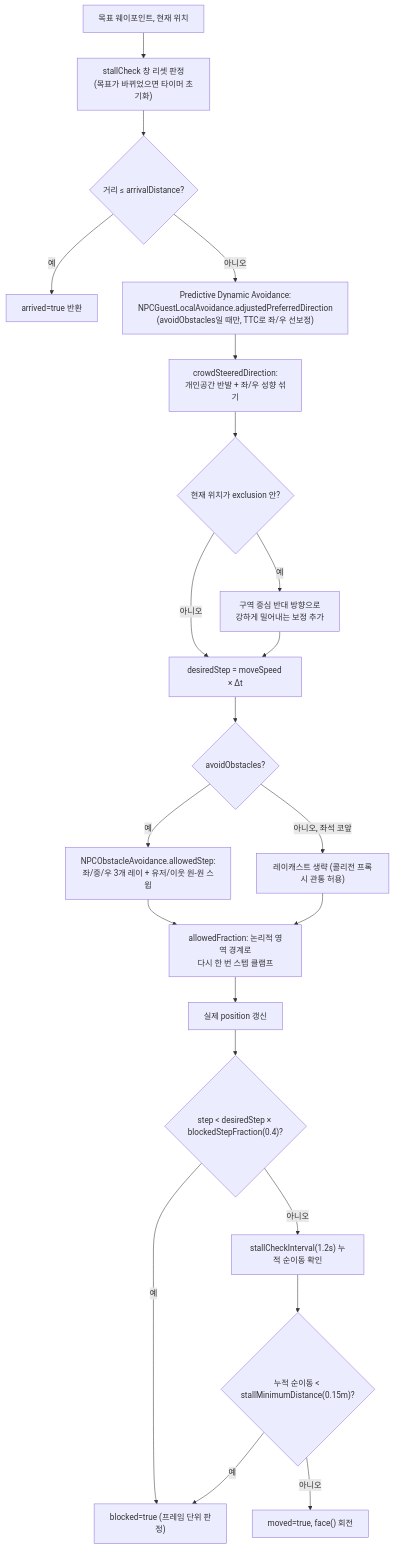
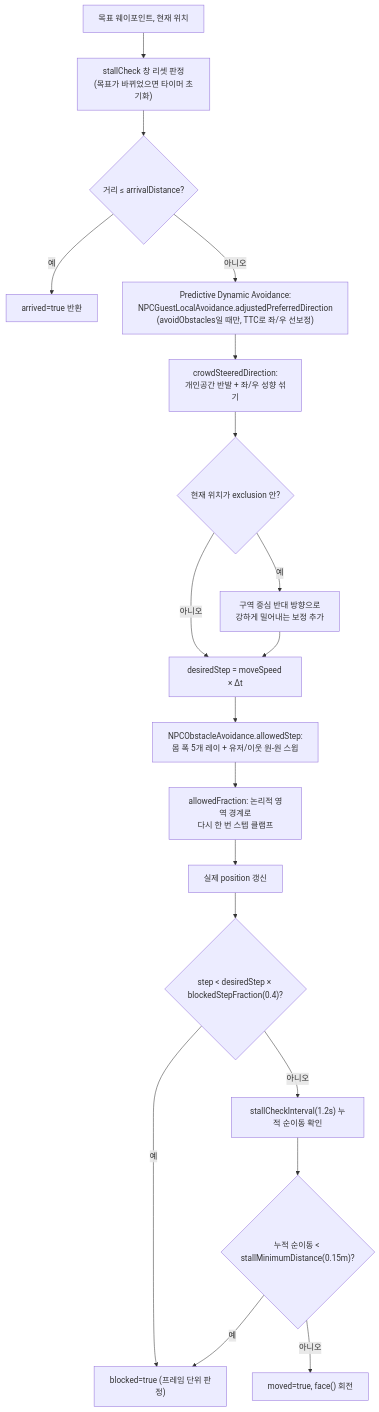
The fifth of 6 diagrams in docs/npc-guest-movement/README.md (hgkim215/barrier-city), drawn with Mermaid before and after one commit. The commit also changed other lines of this file and 16 other files, not shown here.

````diff
--- a/docs/npc-guest-movement/README.md
+++ b/docs/npc-guest-movement/README.md
@@ -186,24 +195,21 @@
 ```mermaid
 flowchart TD
     S["목표 웨이포인트, 현재 위치"] --> A["stallCheck 창 리셋 판정\n(목표가 바뀌었으면 타이머 초기화)"]
     A --> B{"거리 ≤ arrivalDistance?"}
     B -->|예| ARRIVE["arrived=true 반환"]
     B -->|아니오| P["Predictive Dynamic Avoidance:\nNPCGuestLocalAvoidance.adjustedPreferredDirection\n(avoidObstacles일 때만, TTC로 좌/우 선보정)"]
     P --> C["crowdSteeredDirection:\n개인공간 반발 + 좌/우 성향 섞기"]
     C --> D{"현재 위치가 exclusion 안?"}
     D -->|예| E["구역 중심 반대 방향으로\n강하게 밀어내는 보정 추가"]
     D -->|아니오| F["desiredStep = moveSpeed × Δt"]
     E --> F
-    F --> G{"avoidObstacles?"}
-    G -->|예| H["NPCObstacleAvoidance.allowedStep:\n좌/중/우 3개 레이 + 유저/이웃 원-원 스윕"]
-    G -->|아니오, 좌석 코앞| I["레이캐스트 생략 (콜리전 프록시 관통 허용)"]
+    F --> H["NPCObstacleAvoidance.allowedStep:\n몸 폭 5개 레이 + 유저/이웃 원-원 스윕"]
     H --> J["allowedFraction: 논리적 영역 경계로\n다시 한 번 스텝 클램프"]
-    I --> J
     J --> K["실제 position 갱신"]
     K --> L{"step < desiredStep × blockedStepFraction(0.4)?"}
     L -->|예| BLOCKED["blocked=true (프레임 단위 판정)"]
     L -->|아니오| M["stallCheckInterval(1.2s) 누적 순이동 확인"]
     M --> N{"누적 순이동 < stallMinimumDistance(0.15m)?"}
     N -->|예| BLOCKED
     N -->|아니오| MOVED["moved=true, face() 회전"]
 ```
````
